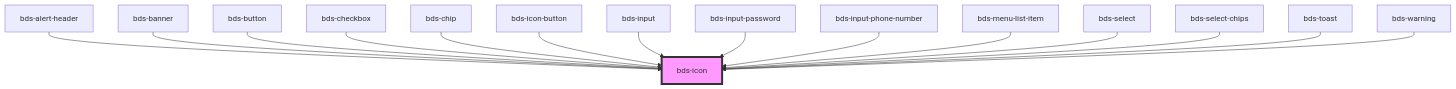
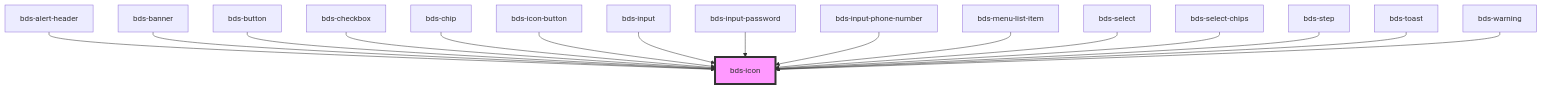
Before and after one commit to takenet/blip-ds: the diagram in src/components/icon/readme.md, drawn with Mermaid. The commit also changed other lines of this file and 10 other files, not shown here.

````diff
--- a/src/components/icon/readme.md
+++ b/src/components/icon/readme.md
@@ -44,18 +45,19 @@
 ```mermaid
 graph TD;
   bds-alert-header --> bds-icon
   bds-banner --> bds-icon
   bds-button --> bds-icon
   bds-checkbox --> bds-icon
   bds-chip --> bds-icon
   bds-icon-button --> bds-icon
   bds-input --> bds-icon
   bds-input-password --> bds-icon
   bds-input-phone-number --> bds-icon
   bds-menu-list-item --> bds-icon
   bds-select --> bds-icon
   bds-select-chips --> bds-icon
+  bds-step --> bds-icon
   bds-toast --> bds-icon
   bds-warning --> bds-icon
   style bds-icon fill:#f9f,stroke:#333,stroke-width:4px
 ```
````
